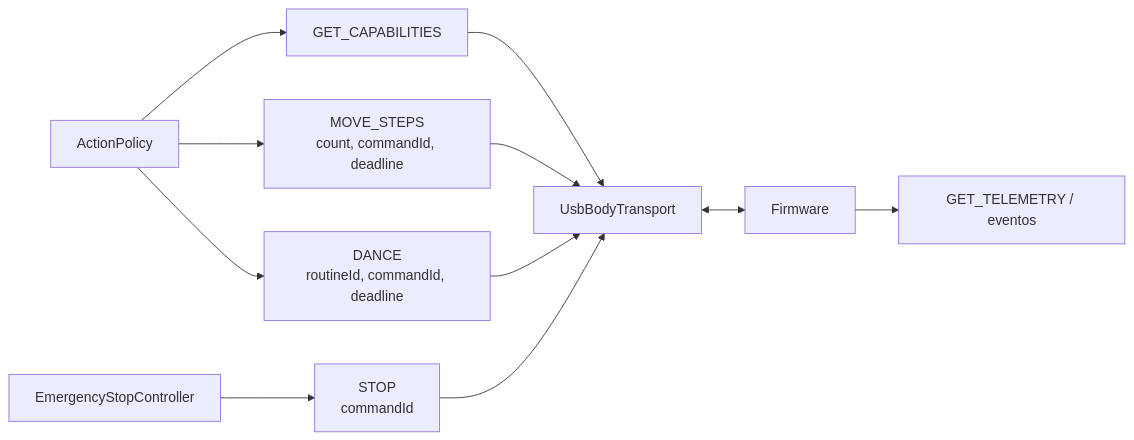
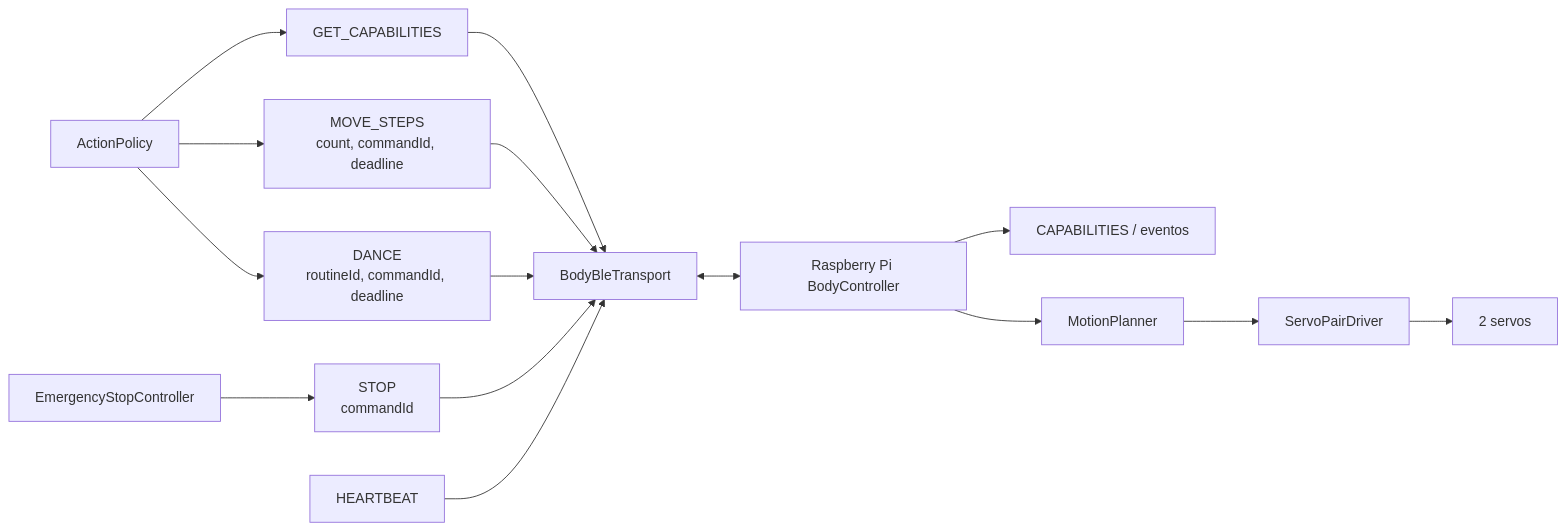
Before and after one commit to arielmendz/kiko: the fourth of 4 diagrams in docs/ARCHITECTURE.md, drawn with Mermaid. The commit also changed other lines of this file and 33 other files, not shown here.

Commit message:
Bootstrap BLE Raspberry Pi body service

````diff
--- a/docs/ARCHITECTURE.md
+++ b/docs/ARCHITECTURE.md
@@ -229,14 +241,18 @@
 ```mermaid
 flowchart LR
     App["ActionPolicy"] --> Capabilities["GET_CAPABILITIES"]
     App --> Steps["MOVE_STEPS<br/>count, commandId, deadline"]
     App --> Dance["DANCE<br/>routineId, commandId, deadline"]
     Stop["EmergencyStopController"] --> StopCommand["STOP<br/>commandId"]
-    Body["Firmware"] --> Telemetry["GET_TELEMETRY / eventos"]
+    Pi["Raspberry Pi BodyController"] --> Telemetry["CAPABILITIES / eventos"]
 
-    Capabilities --> Transport["UsbBodyTransport"]
+    Capabilities --> Transport["BodyBleTransport"]
     Steps --> Transport
     Dance --> Transport
     StopCommand --> Transport
-    Transport <--> Body
+    Heartbeat["HEARTBEAT"] --> Transport
+    Transport <--> Pi
+    Pi --> Planner["MotionPlanner"]
+    Planner --> Driver["ServoPairDriver"]
+    Driver --> Servos["2 servos"]
 ```
````
